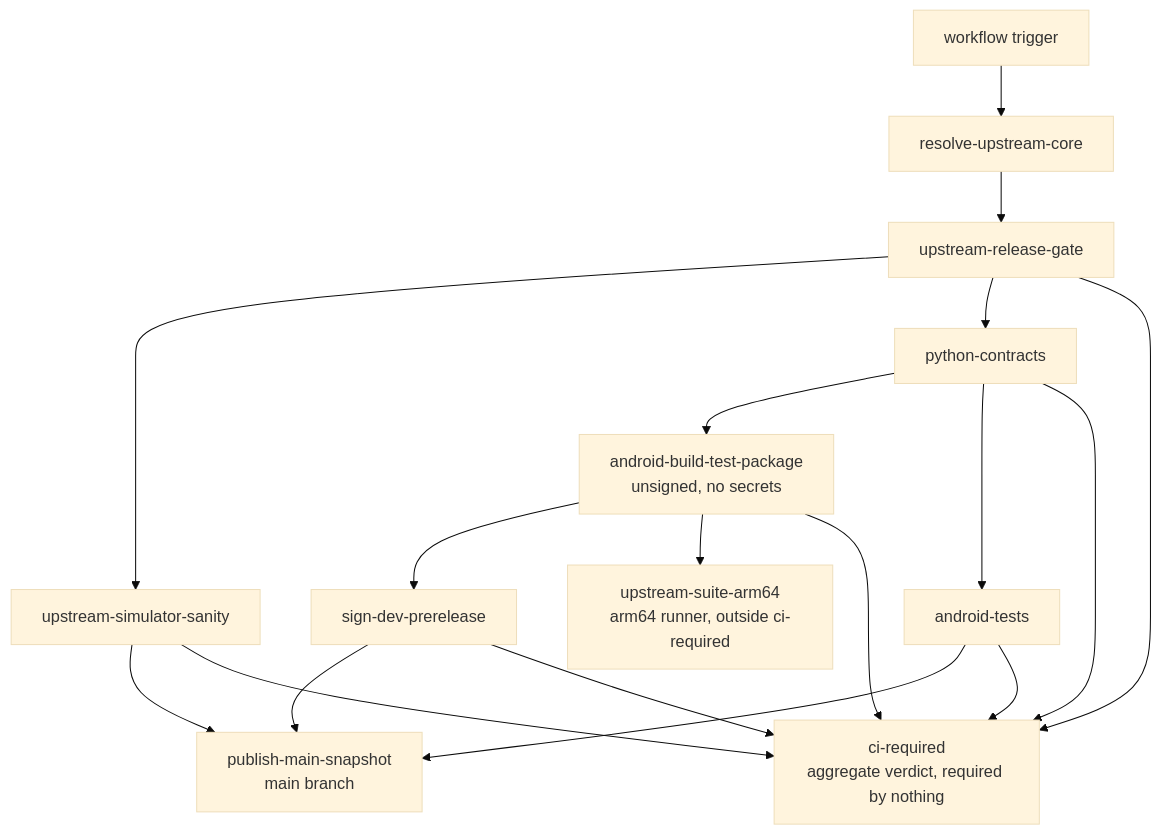
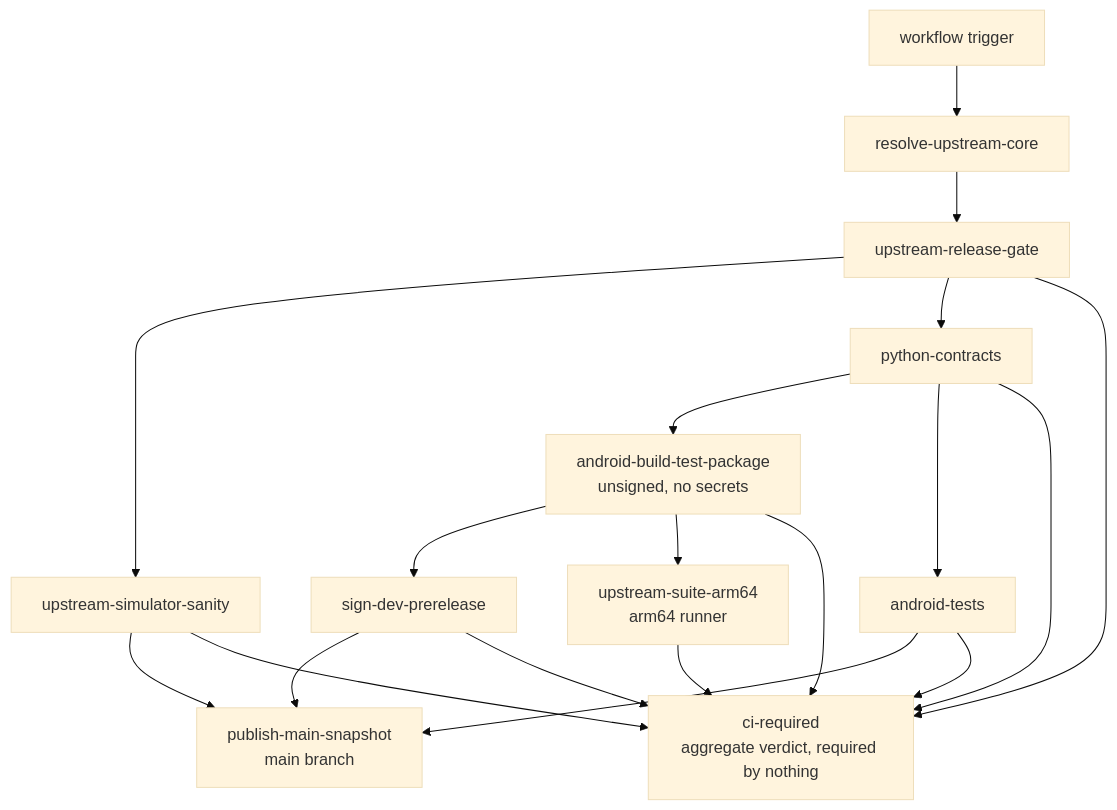
Before and after one commit to ppigazzini/r47zen: the first of 2 diagrams in android/docs/dev/07-ci-and-release-workflow.md, drawn with Mermaid (base theme). The commit also changed other lines of this file and 2 other files, not shown here.

First line of the commit message:
ci(android): ci-required waits on the arm64 suite job

````diff
--- a/android/docs/dev/07-ci-and-release-workflow.md
+++ b/android/docs/dev/07-ci-and-release-workflow.md
@@ -18,31 +18,32 @@
 ```mermaid
 flowchart TD
   A[workflow trigger]
   B[resolve-upstream-core]
   C[upstream-release-gate]
   D[upstream-simulator-sanity]
   E[python-contracts]
   F[android-build-test-package<br/>unsigned, no secrets]
   S[sign-dev-prerelease]
-  U[upstream-suite-arm64<br/>arm64 runner, outside ci-required]
+  U[upstream-suite-arm64<br/>arm64 runner]
   G[android-tests]
   H[publish-main-snapshot<br/>main branch]
   R[ci-required<br/>aggregate verdict, required by nothing]
 
   A --> B --> C
   C --> D
   C --> E
   E --> F
   F --> S
   F --> U
   E --> G
   D --> H
   S --> H
   G --> H
   C --> R
   D --> R
   E --> R
   F --> R
   S --> R
   G --> R
+  U --> R
 ```
````
